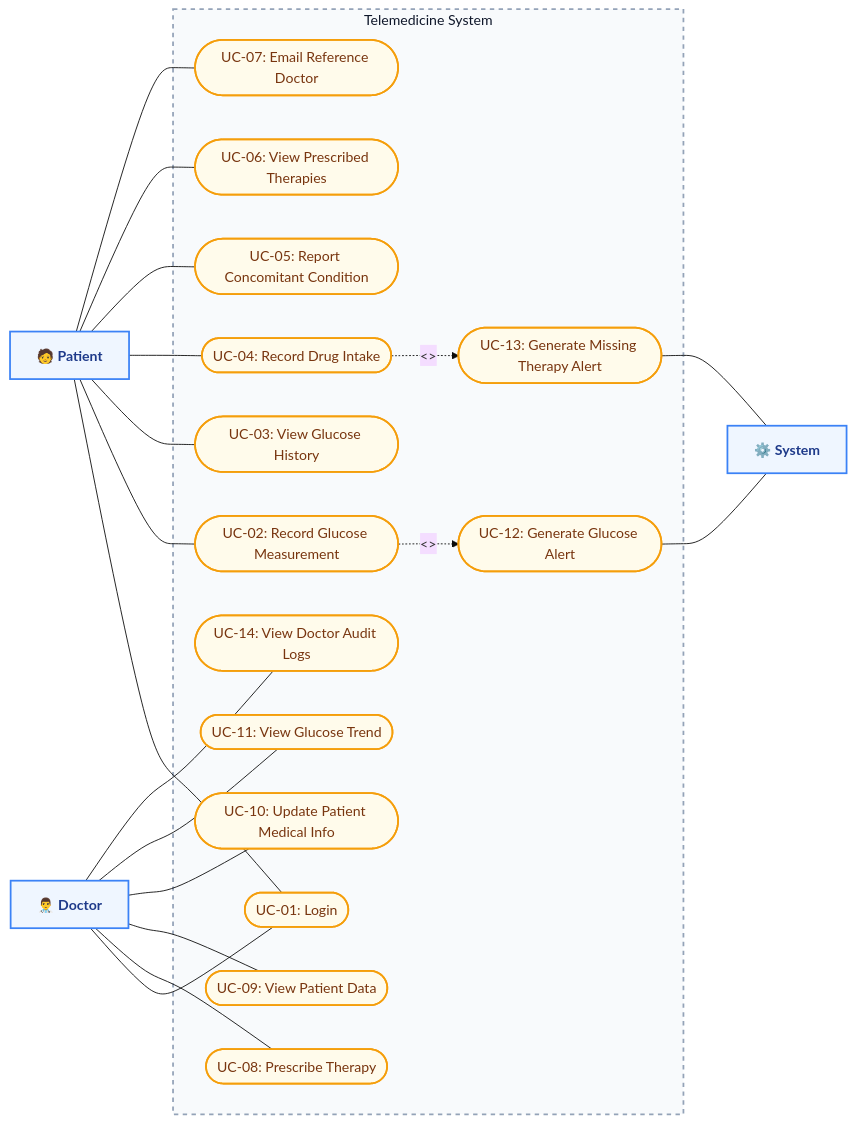
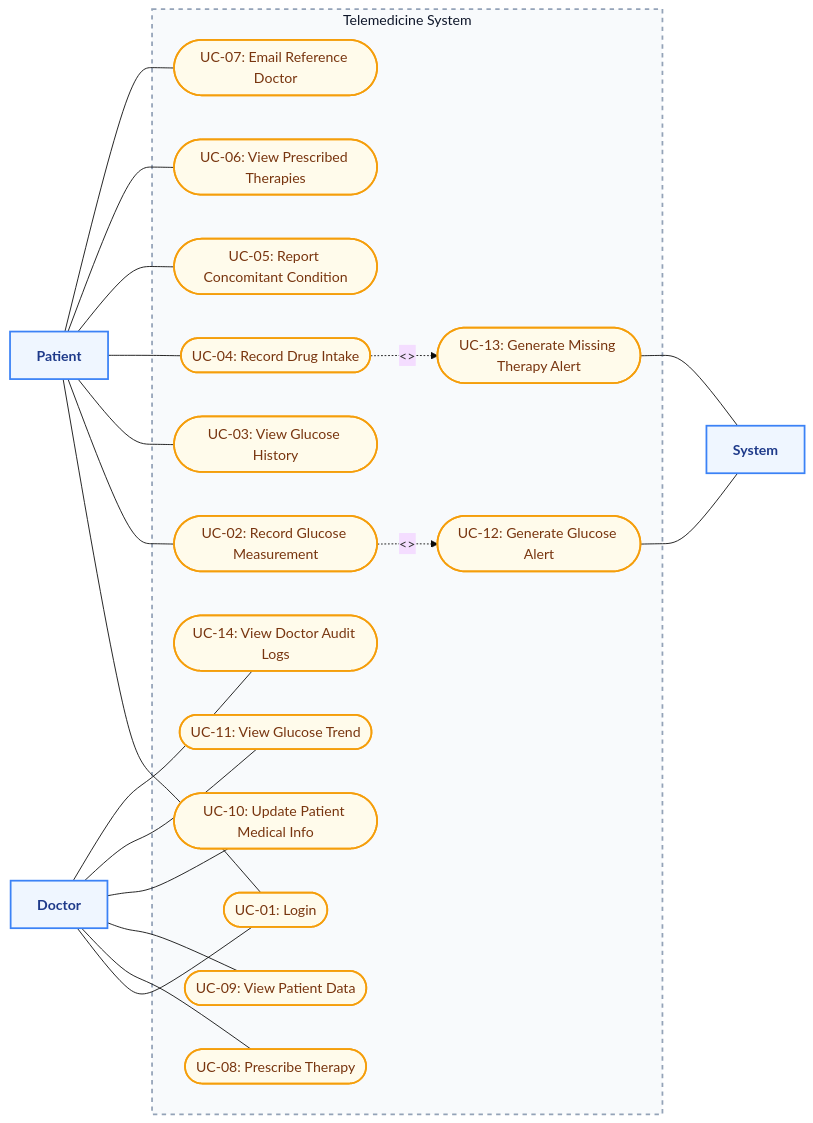
The fifth of 10 diagrams in documentation.md (SamueleOrazioDurante/telemedicina-ingegneria), drawn with Mermaid (base theme) before and after one commit.

Commit message:
docs: remove emoji labels from sequence diagram actors in documentation

````diff
--- a/documentation.md
+++ b/documentation.md
@@ -373,54 +373,54 @@
 ```mermaid
 flowchart LR
     %% Style Definitions
     classDef actor fill:#eff6ff,stroke:#3b82f6,stroke-width:2px,font-weight:bold,color:#1e3a8a;
     classDef usecase fill:#fffbeb,stroke:#f59e0b,stroke-width:2px,color:#78350f;
 
     %% Actors
-    P["🧑 Patient"]:::actor
-    D["👨‍⚕️ Doctor"]:::actor
-    S["⚙️ System"]:::actor
+    P["Patient"]:::actor
+    D["Doctor"]:::actor
+    S["System"]:::actor
 
     %% System Boundary
     subgraph TelemedicineSystem ["Telemedicine System"]
         UC1(["UC-01: Login"]):::usecase
         UC2(["UC-02: Record Glucose Measurement"]):::usecase
         UC3(["UC-03: View Glucose History"]):::usecase
         UC4(["UC-04: Record Drug Intake"]):::usecase
         UC5(["UC-05: Report Concomitant Condition"]):::usecase
         UC6(["UC-06: View Prescribed Therapies"]):::usecase
         UC7(["UC-07: Email Reference Doctor"]):::usecase
         UC8(["UC-08: Prescribe Therapy"]):::usecase
         UC9(["UC-09: View Patient Data"]):::usecase
         UC10(["UC-10: Update Patient Medical Info"]):::usecase
         UC11(["UC-11: View Glucose Trend"]):::usecase
         UC12(["UC-12: Generate Glucose Alert"]):::usecase
         UC13(["UC-13: Generate Missing Therapy Alert"]):::usecase
         UC14(["UC-14: View Doctor Audit Logs"]):::usecase
     end
 
     %% Actor to Use Case Associations (Standard solid lines)
     P --- UC1
     P --- UC2
     P --- UC3
     P --- UC4
     P --- UC5
     P --- UC6
     P --- UC7
 
     D --- UC1
     D --- UC8
     D --- UC9
     D --- UC10
     D --- UC11
     D --- UC14
 
     %% Use Case to Use Case/System Relationships
     UC2 -.->|"<<include>>"| UC12
     UC12 --- S
     UC13 --- S
     UC4 -.->|"<<include>>"| UC13
 
     %% Styling Subgraph
     style TelemedicineSystem fill:#f8fafc,stroke:#94a3b8,stroke-width:2px,color:#0f172a,stroke-dasharray: 5 5;
 ```
````
